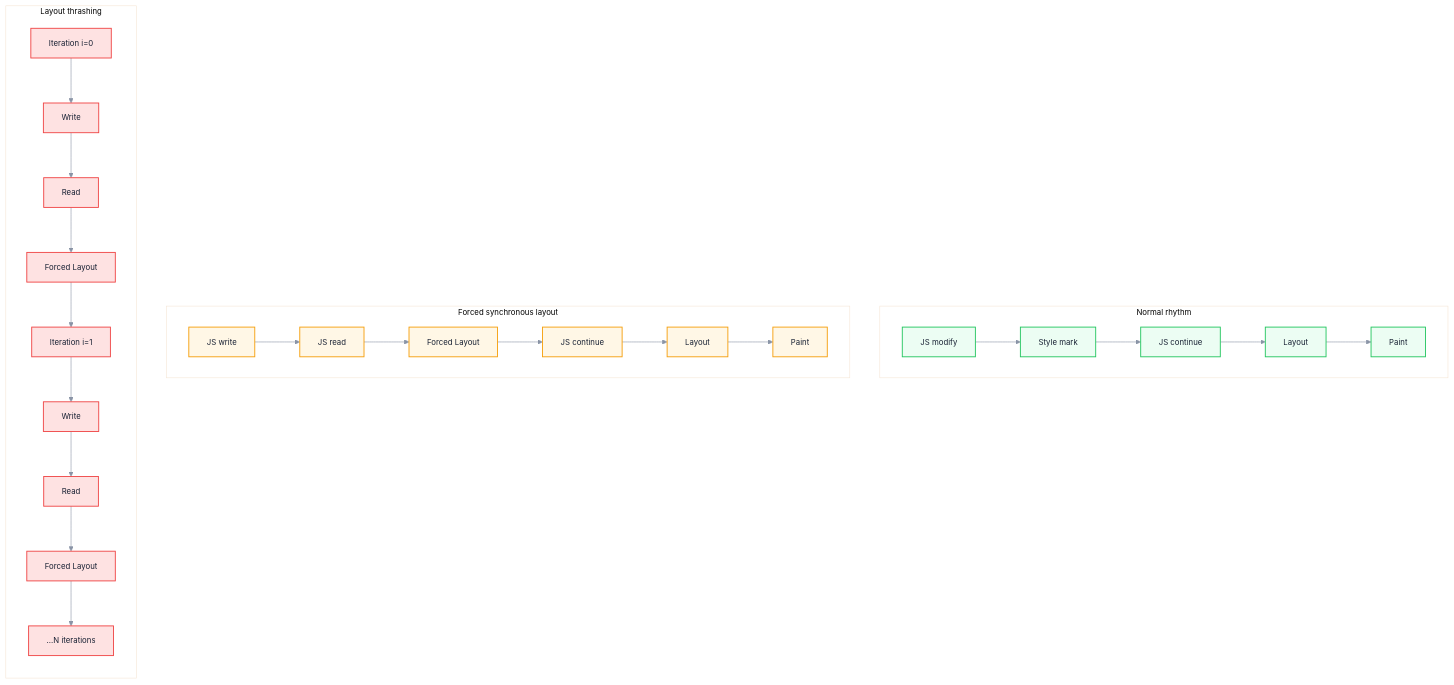
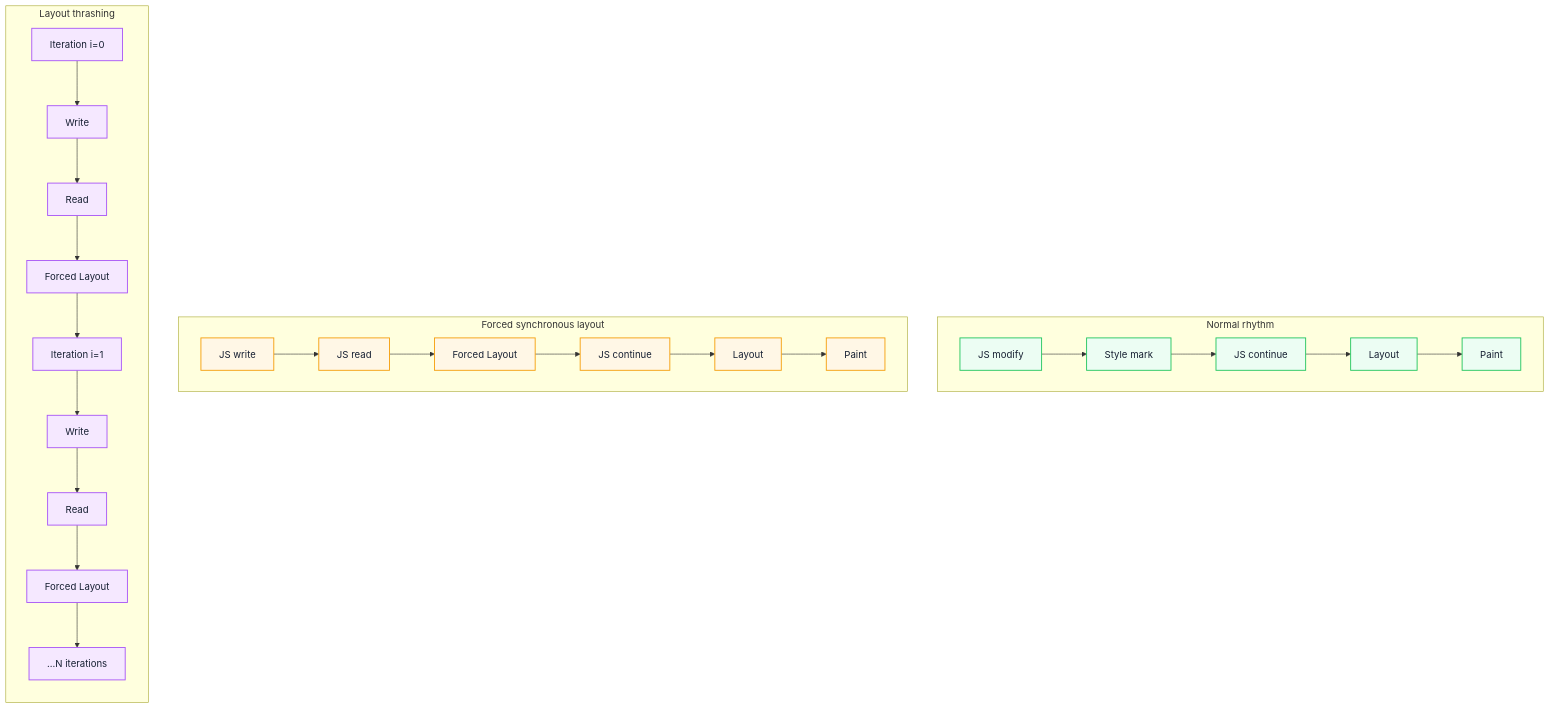
One commit to Fatejian/frontier-vault changed the first of 2 diagrams in docs/en/browser/layout-thrashing.md. Above: the diagram before and after it, drawn with Mermaid. The commit also changed other lines of this file and 41 other files, not shown here.

````diff
--- a/docs/en/browser/layout-thrashing.md
+++ b/docs/en/browser/layout-thrashing.md
@@ -87,43 +68,42 @@
 ```mermaid
-%%{init: {'theme': 'base', 'themeVariables': { 'fontFamily': 'Inter, -apple-system, BlinkMacSystemFont, sans-serif', 'primaryColor': '#EEF6FF', 'fontSize': '13px', 'primaryTextColor': '#172033', 'primaryBorderColor': '#6EA8FE', 'lineColor': '#8A94A6'}}}%%
 flowchart TB
     subgraph Normal[Normal rhythm]
         direction LR
         N1[JS modify] --> N2[Style mark]
         N2 --> N3[JS continue]
         N3 --> N4[Layout]
         N4 --> N5[Paint]
     end
 
     subgraph FSL[Forced synchronous layout]
         direction LR
         F1[JS write] --> F2[JS read]
         F2 --> F3[Forced Layout]
         F3 --> F4[JS continue]
         F4 --> F5[Layout]
         F5 --> F6[Paint]
     end
 
     subgraph Thrashing[Layout thrashing]
         direction TB
         T1["Iteration i=0"]
         T2[Write]
         T3[Read]
         T4[Forced Layout]
         T5["Iteration i=1"]
         T6[Write]
         T7[Read]
         T8[Forced Layout]
         T9["...N iterations"]
 
         T1 --> T2 --> T3 --> T4 --> T5 --> T6 --> T7 --> T8 --> T9
     end
 
-    classDef normal fill:#ECFDF3,stroke:#22C55E,color:#172033,stroke-width:1.5px;
-    classDef fsl fill:#FFF7E6,stroke:#F59E0B,color:#172033,stroke-width:1.5px;
-    classDef thrash fill:#FEE2E2,stroke:#EF4444,color:#172033,stroke-width:1.5px;
+    classDef work fill:#ECFDF3,stroke:#22C55E,color:#172033,stroke-width:1.5px;
+    classDef block fill:#FFF7E6,stroke:#F59E0B,color:#172033,stroke-width:1.5px;
+    classDef metric fill:#F5E8FF,stroke:#A855F7,color:#172033,stroke-width:1.5px;
 
-    class N1,N2,N3,N4,N5 normal;
-    class F1,F2,F3,F4,F5,F6 fsl;
-    class T1,T2,T3,T4,T5,T6,T7,T8,T9 thrash;
+    class N1,N2,N3,N4,N5 work;
+    class F1,F2,F3,F4,F5,F6 block;
+    class T1,T2,T3,T4,T5,T6,T7,T8,T9 metric;
 ```
````
